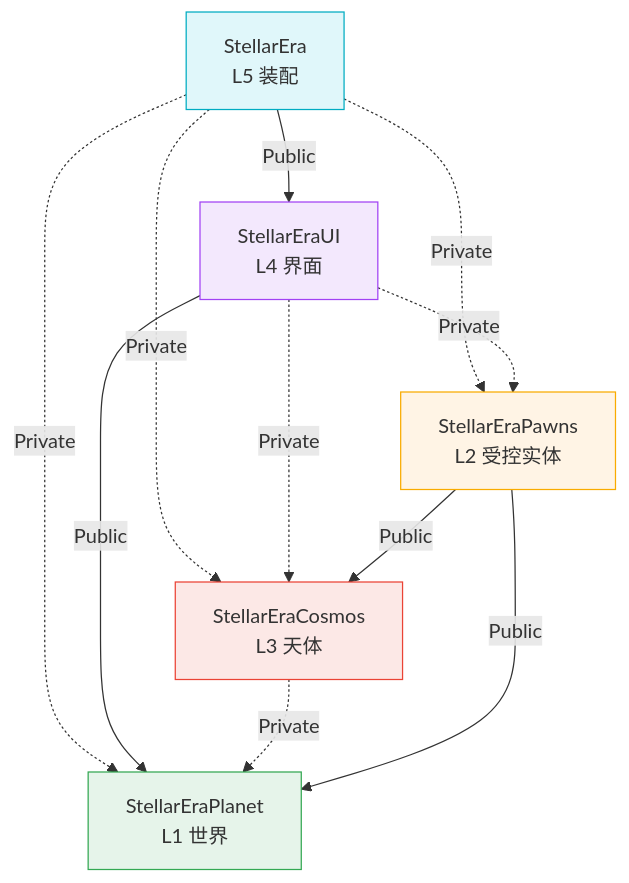
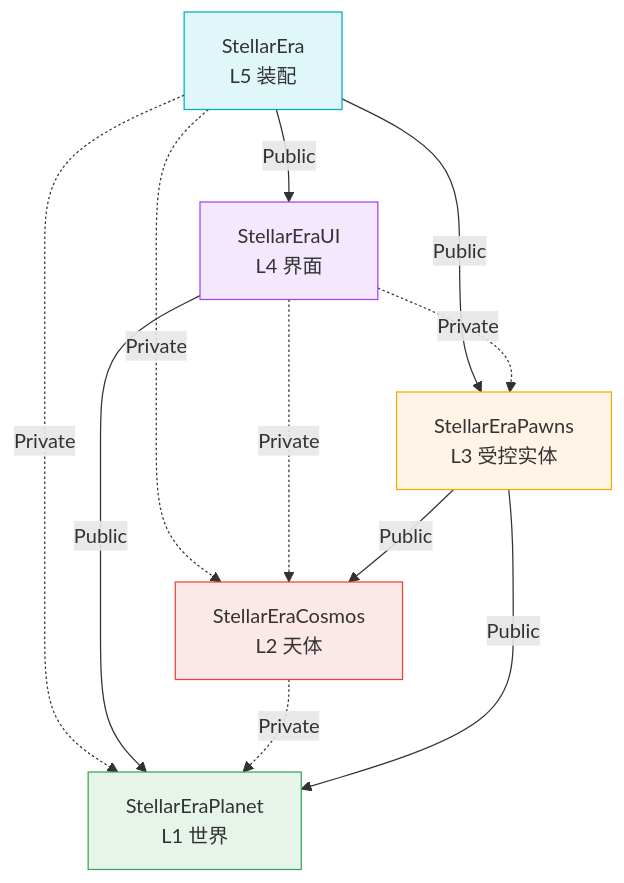
The diagram in docs/ARCHITECTURE.md (xiaobaibaix/StellarEra), drawn with Mermaid before and after one commit. The commit also changed other lines of this file and 4 other files, not shown here.

First line of the commit message:
docs(架构): 同步星图相机输入组件与依赖注释

````diff
--- a/docs/ARCHITECTURE.md
+++ b/docs/ARCHITECTURE.md
@@ -47,25 +47,25 @@
 ```mermaid
 graph TD
     E["StellarEra<br/>L5 装配"]
     UI["StellarEraUI<br/>L4 界面"]
-    C["StellarEraCosmos<br/>L3 天体"]
-    P["StellarEraPawns<br/>L2 受控实体"]
+    C["StellarEraCosmos<br/>L2 天体"]
+    P["StellarEraPawns<br/>L3 受控实体"]
     PL["StellarEraPlanet<br/>L1 世界"]
 
     E -->|Public| UI
+    E -->|Public| P
     E -.->|Private| PL
-    E -.->|Private| P
     E -.->|Private| C
     UI -->|Public| PL
     UI -.->|Private| C
     UI -.->|Private| P
     C -.->|Private| PL
     P -->|Public| C
     P -->|Public| PL
 
     style PL fill:#e6f4ea,stroke:#34a853
     style P fill:#fff4e5,stroke:#f9ab00
     style C fill:#fce8e6,stroke:#ea4335
     style UI fill:#f3e8fd,stroke:#a142f4
     style E fill:#e0f7fa,stroke:#00acc1
 ```
````
